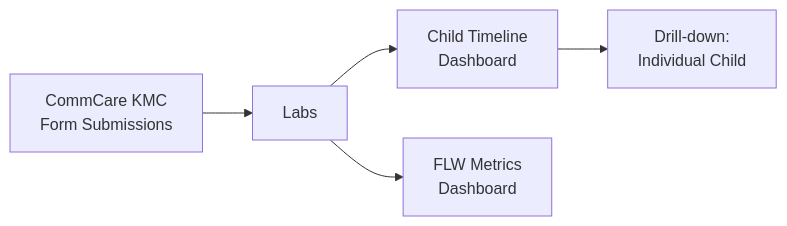
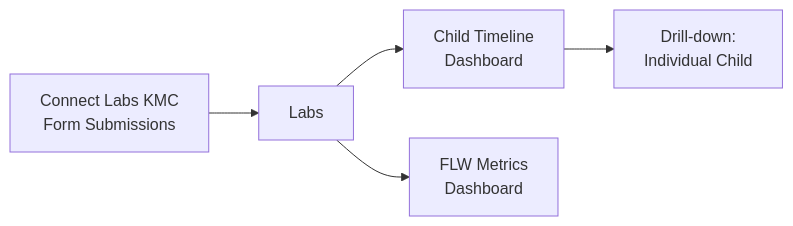
Before and after one commit to dimagi-internal/connect-labs: the diagram in user_docs/custom-analysis.md, drawn with Mermaid. The commit also changed other lines of this file and 2 other files, not shown here.

````diff
--- a/user_docs/custom-analysis.md
+++ b/user_docs/custom-analysis.md
@@ -15,7 +15,7 @@
 ```mermaid
 flowchart LR
-    CC[CommCare KMC\nForm Submissions] --> L[Labs]
+    CC[Connect Labs KMC\nForm Submissions] --> L[Labs]
     L --> C[Child Timeline\nDashboard]
     L --> F[FLW Metrics\nDashboard]
     C --> D[Drill-down:\nIndividual Child]
 ```
````
